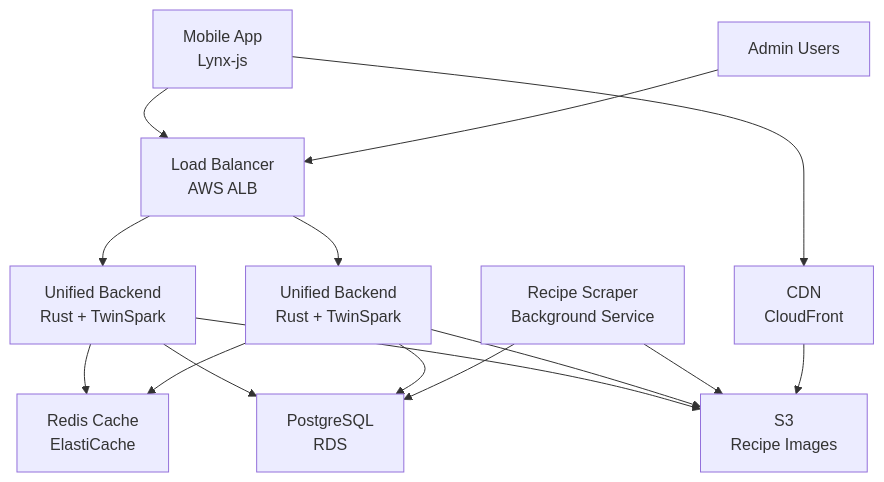
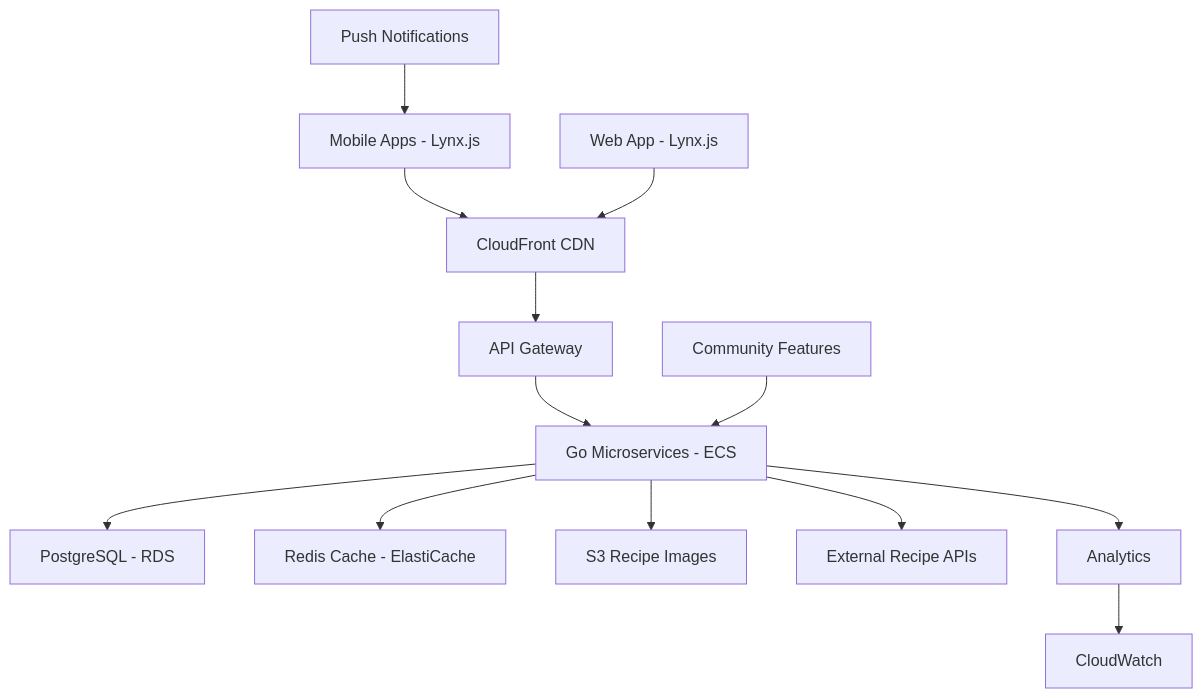
Before and after one commit to timayz/imkitchen: the diagram in docs/architecture/high-level-architecture.md, drawn with Mermaid. The commit also changed other lines of this file and 511 other files, not shown here.

````diff
--- a/docs/architecture/high-level-architecture.md
+++ b/docs/architecture/high-level-architecture.md
@@ -30,22 +40,15 @@
 ```mermaid
 graph TD
-    A[Mobile App<br/>Lynx-js] --> B[Load Balancer<br/>AWS ALB]
-    B --> C[Unified Backend<br/>Rust + TwinSpark]
-    B --> D[Unified Backend<br/>Rust + TwinSpark]
-    
-    C --> E[Redis Cache<br/>ElastiCache]
-    D --> E
-    C --> F[PostgreSQL<br/>RDS]
-    D --> F
-    
-    C --> G[S3<br/>Recipe Images]
-    D --> G
-    
-    H[Recipe Scraper<br/>Background Service] --> F
-    H --> G
-    
-    I[CDN<br/>CloudFront] --> G
-    A --> I
-    
-    J[Admin Users] --> B
+    A[Mobile Apps - Lynx.js] --> B[CloudFront CDN]
+    C[Web App - Lynx.js] --> B
+    B --> D[API Gateway]
+    D --> E[Go Microservices - ECS]
+    E --> F[PostgreSQL - RDS]
+    E --> G[Redis Cache - ElastiCache]
+    E --> H[S3 Recipe Images]
+    E --> I[External Recipe APIs]
+    J[Community Features] --> E
+    K[Push Notifications] --> A
+    L[Analytics] --> M[CloudWatch]
+    E --> L
 ```
````
